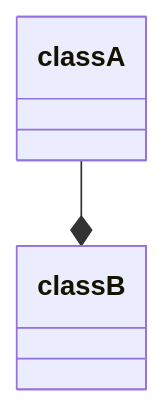
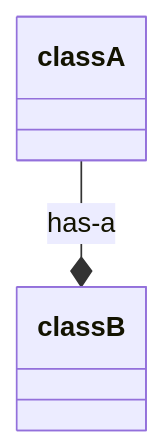
Before and after one commit to bingyangchen/KM-software: the diagram in 程式語言理論/Object Composition.md, drawn with Mermaid. The commit also changed other lines of this file and 2 other files, not shown here.

````diff
--- a/程式語言理論/Object Composition.md
+++ b/程式語言理論/Object Composition.md
@@ -5,4 +5,4 @@
 ```mermaid
 classDiagram
-    classA --* classB
+    classA --* classB: has-a
 ```
````
